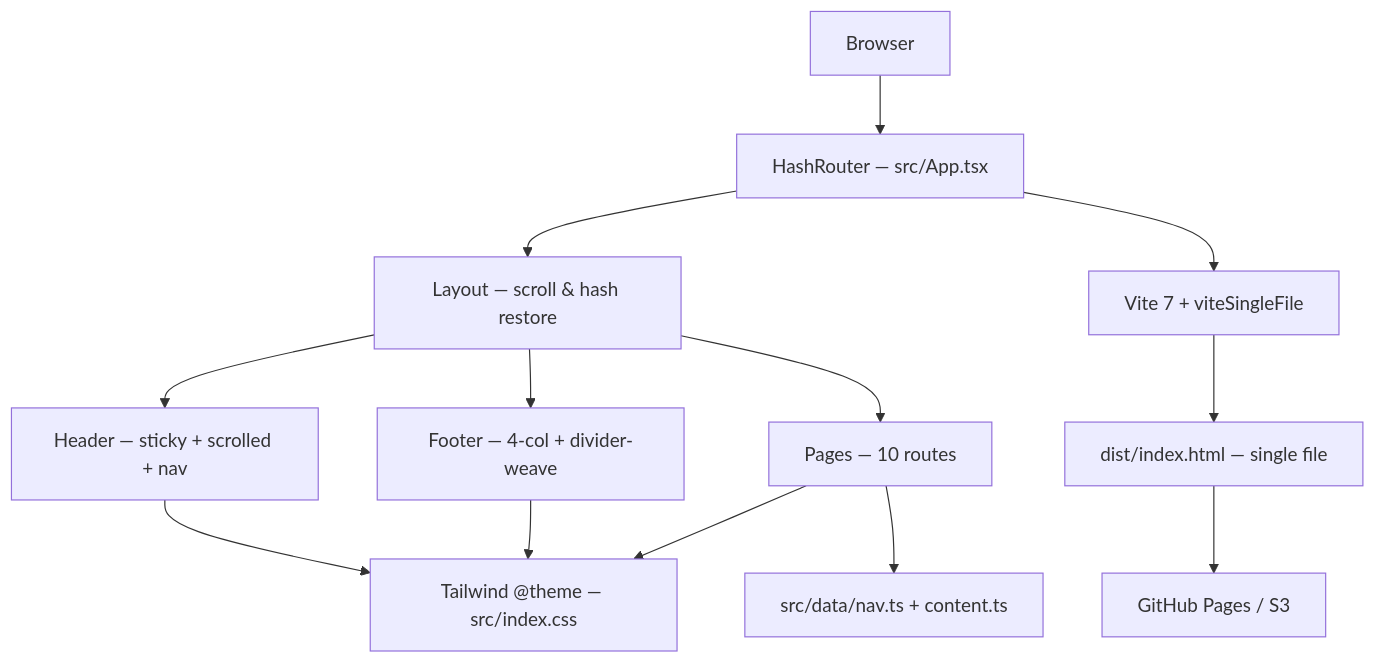
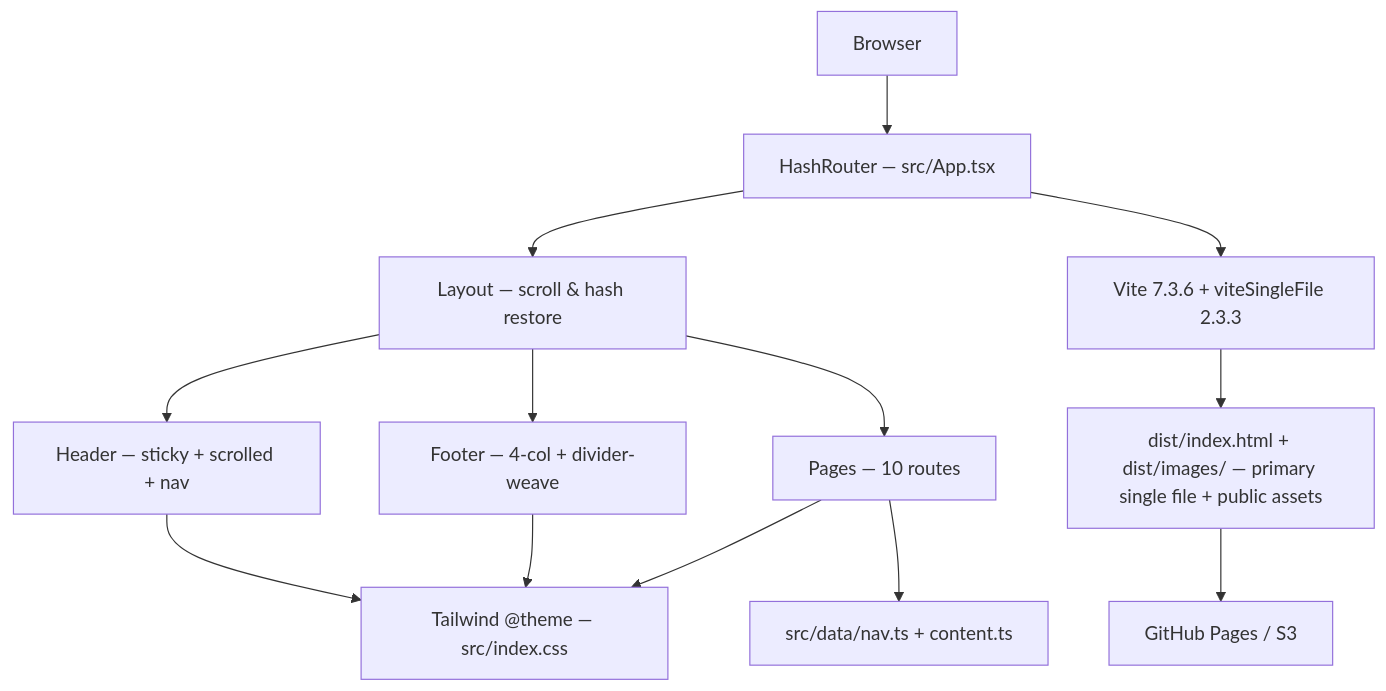
One commit to nordeim/rothershrine changed the diagram in README.md. Above: the diagram before and after it, drawn with Mermaid. The commit also changed other lines of this file and 7 other files, not shown here.

````diff
--- a/README.md
+++ b/README.md
@@ -49,13 +49,13 @@
 ```mermaid
 flowchart TB
   B[Browser] --> R[HashRouter — src/App.tsx]
   R --> L[Layout — scroll & hash restore]
   L --> H[Header — sticky + scrolled + nav]
   L --> P[Pages — 10 routes]
   L --> F[Footer — 4-col + divider-weave]
   P --> D[src/data/nav.ts + content.ts]
   H & F & P --> S[Tailwind @theme — src/index.css]
-  R --> V[Vite 7 + viteSingleFile]
-  V --> O[dist/index.html — single file]
+  R --> V[Vite 7.3.6 + viteSingleFile 2.3.3]
+  V --> O[dist/index.html + dist/images/ — primary single file + public assets]
   O --> G[GitHub Pages / S3]
 ```
````
